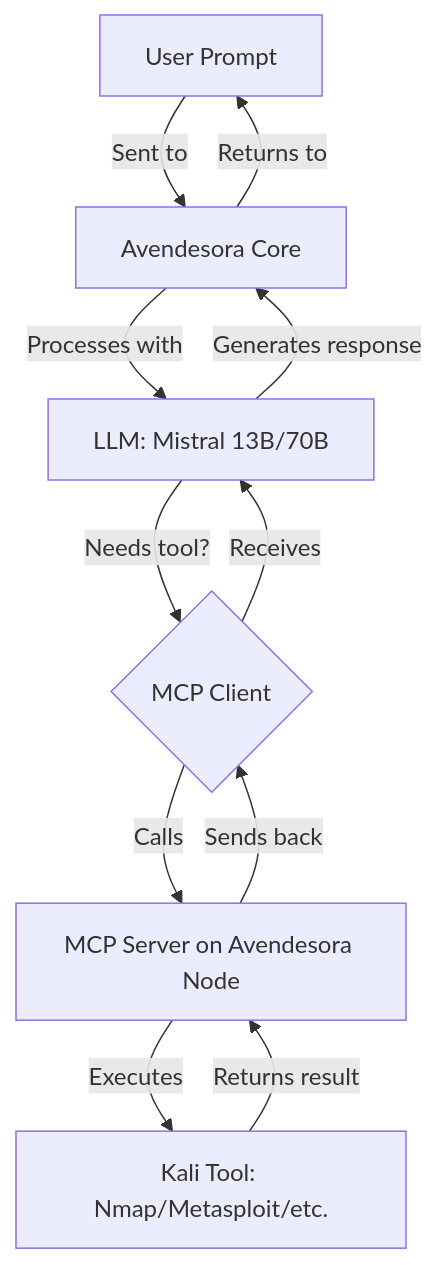
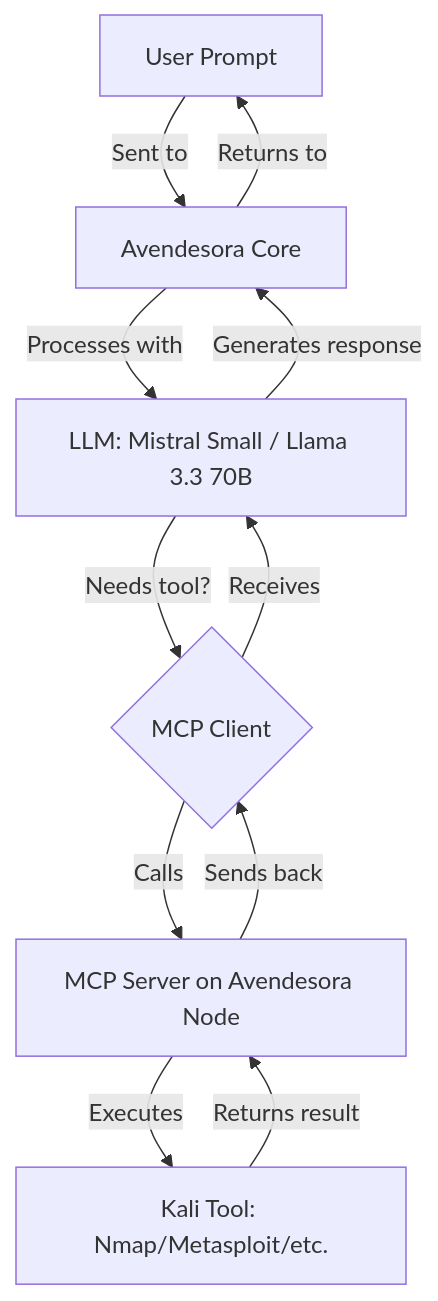
One commit to imagewize/mshin changed the diagram in docs/architecture.md. Above: the diagram before and after it, drawn with Mermaid. The commit also changed other lines of this file and 10 other files, not shown here.

First line of the commit message:
docs: refresh hardware/model guidance, add agent roadmap, drop emoji

````diff
--- a/docs/architecture.md
+++ b/docs/architecture.md
@@ -133,13 +133,13 @@
 ```mermaid
 graph TD
     A[User Prompt] -->|Sent to| B[Avendesora Core]
-    B -->|Processes with| C[LLM: Mistral 13B/70B]
+    B -->|Processes with| C[LLM: Mistral Small / Llama 3.3 70B]
     C -->|Needs tool?| D{MCP Client}
     D -->|Calls| E[MCP Server on Avendesora Node]
     E -->|Executes| F[Kali Tool: Nmap/Metasploit/etc.]
     F -->|Returns result| E
     E -->|Sends back| D
     D -->|Receives| C
     C -->|Generates response| B
     B -->|Returns to| A
 ```
````
